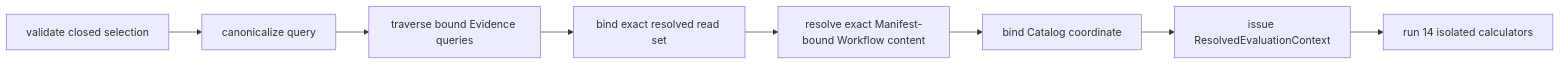
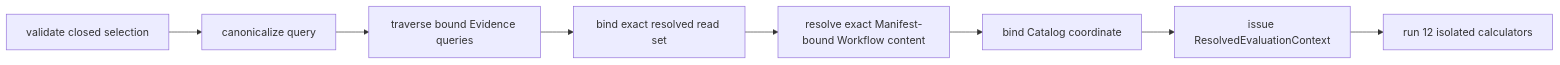
The second of 2 diagrams in docs/systems/evolution/evolution-system.md (firestige/workflow-self-recursive), drawn with Mermaid before and after one commit. The commit also changed other lines of this file and 11 other files, not shown here.

````diff
--- a/docs/systems/evolution/evolution-system.md
+++ b/docs/systems/evolution/evolution-system.md
@@ -94,10 +94,10 @@
 ```mermaid
 flowchart LR
     V["validate closed selection"] --> C["canonicalize query"]
     C --> S["traverse bound Evidence queries"]
     S --> P["bind exact resolved read set"]
     P --> W["resolve exact Manifest-bound Workflow content"]
     W --> K["bind Catalog coordinate"]
     K --> R["issue ResolvedEvaluationContext"]
-    R --> M["run 14 isolated calculators"]
+    R --> M["run 12 isolated calculators"]
 ```
````
